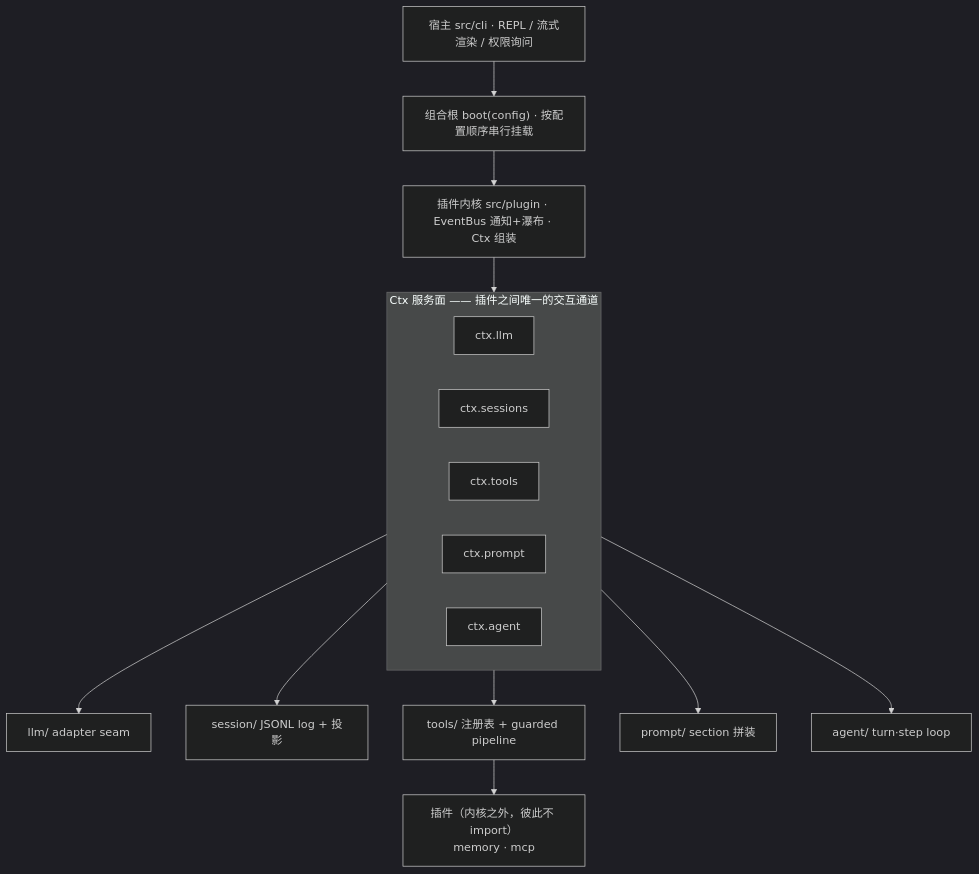
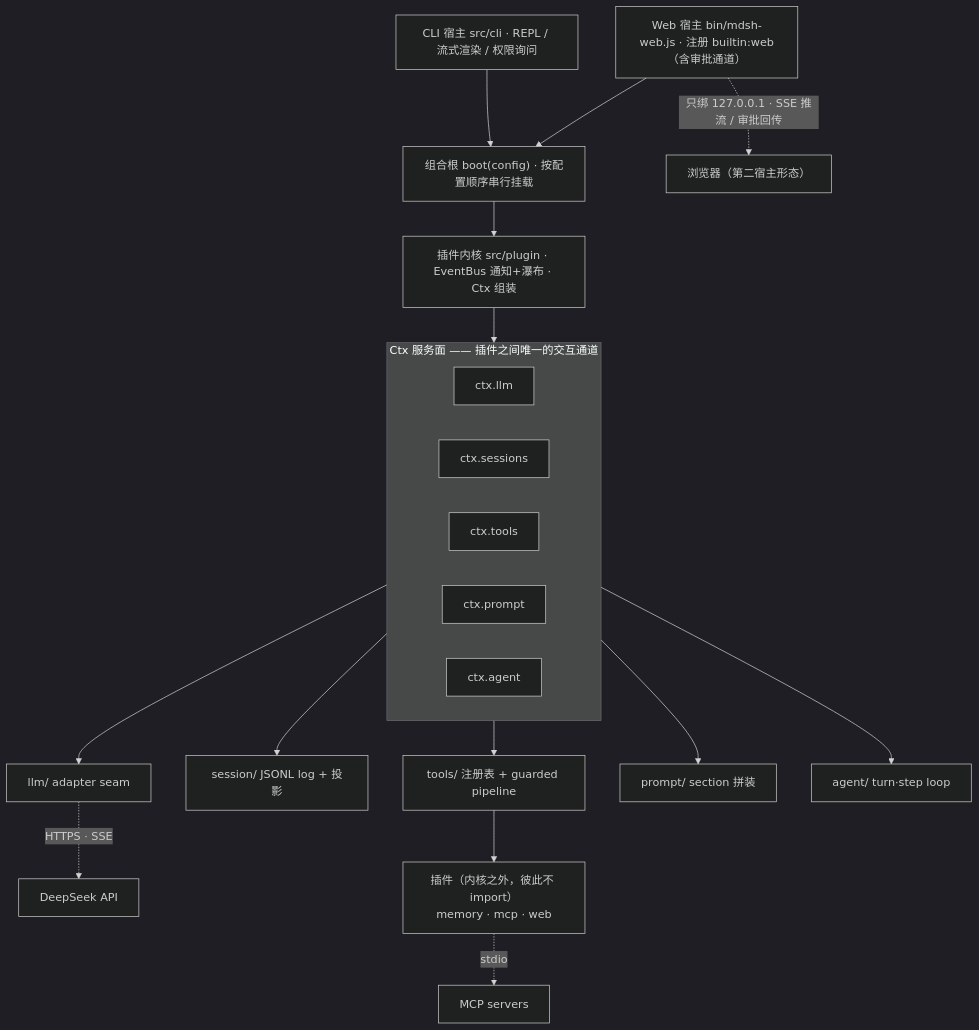
Before and after one commit to wtz8/mini-dsh: the first of 2 diagrams in README.md, drawn with Mermaid (dark theme). The commit also changed other lines of this file, not shown here.

First line of the commit message:
docs(readme): 数字与架构图同步到 10-web-ui 后的现状

````diff
--- a/README.md
+++ b/README.md
@@ -17,25 +17,31 @@
 ```mermaid
 flowchart TB
-    CLI["宿主 src/cli · REPL / 流式渲染 / 权限询问"]
+    CLI["CLI 宿主 src/cli · REPL / 流式渲染 / 权限询问"]
+    WEB["Web 宿主 bin/mdsh-web.js · 注册 builtin:web（含审批通道）"]
     BOOT["组合根 boot(config) · 按配置顺序串行挂载"]
     KERNEL["插件内核 src/plugin · EventBus 通知+瀑布 · Ctx 组装"]
-    CLI --> BOOT --> KERNEL
+    CLI --> BOOT
+    WEB --> BOOT
+    BOOT --> KERNEL
 
     subgraph SVCS["Ctx 服务面 —— 插件之间唯一的交互通道"]
         direction LR
         L["ctx.llm"]
         S["ctx.sessions"]
         T["ctx.tools"]
         P["ctx.prompt"]
         A["ctx.agent"]
     end
     KERNEL --> SVCS
 
     L --> LLM["llm/ adapter seam"]
     S --> SESS["session/ JSONL log + 投影"]
     T --> TOOLS["tools/ 注册表 + guarded pipeline"]
     P --> PROMPT["prompt/ section 拼装"]
     A --> AGENT["agent/ turn·step loop"]
 
-    TOOLS --> PLUGINS["插件（内核之外，彼此不 import）<br/>memory · mcp"]
+    LLM -.->|"HTTPS · SSE"| DS["DeepSeek API"]
+    TOOLS --> PLUGINS["插件（内核之外，彼此不 import）<br/>memory · mcp · web"]
+    PLUGINS -.->|"stdio"| MCPS["MCP servers"]
+    WEB -.->|"只绑 127.0.0.1 · SSE 推流 / 审批回传"| BROWSER["浏览器（第二宿主形态）"]
 ```
````
